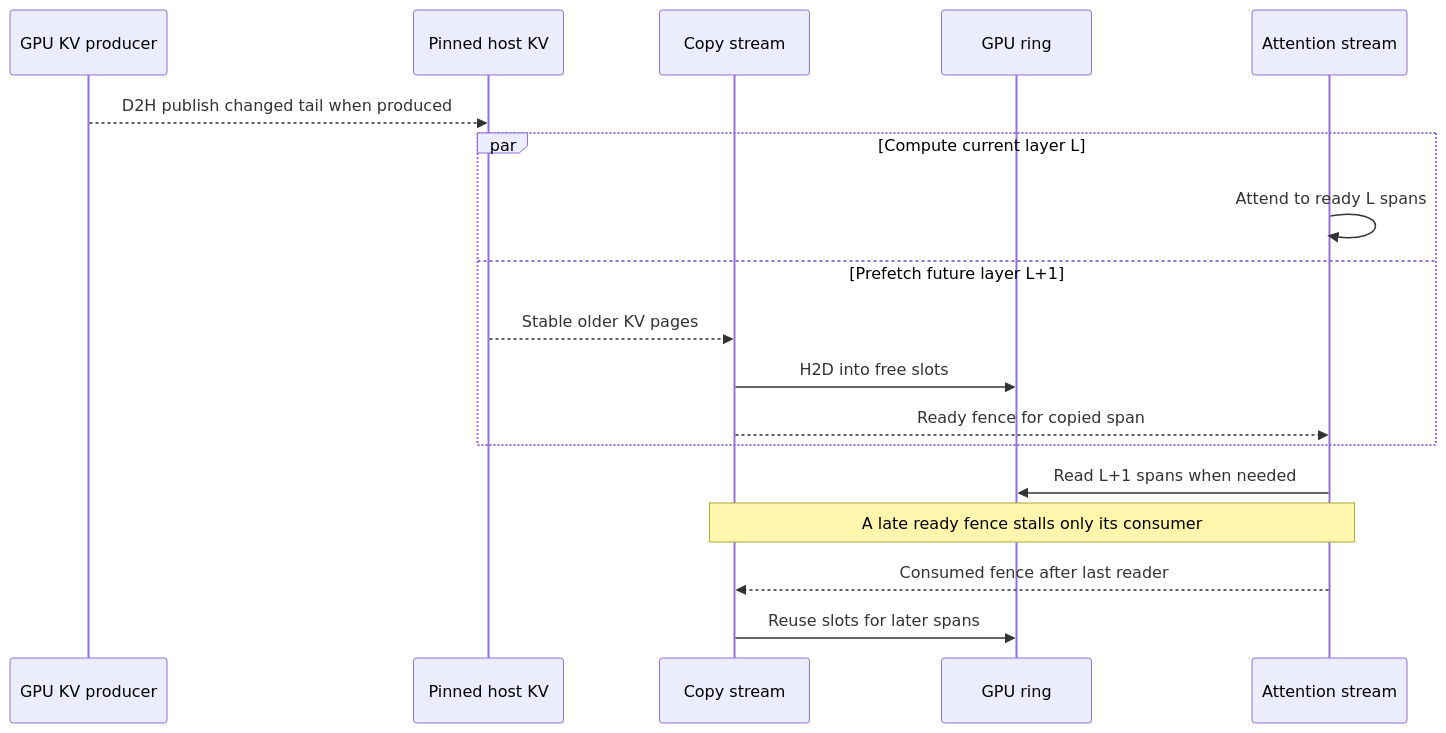
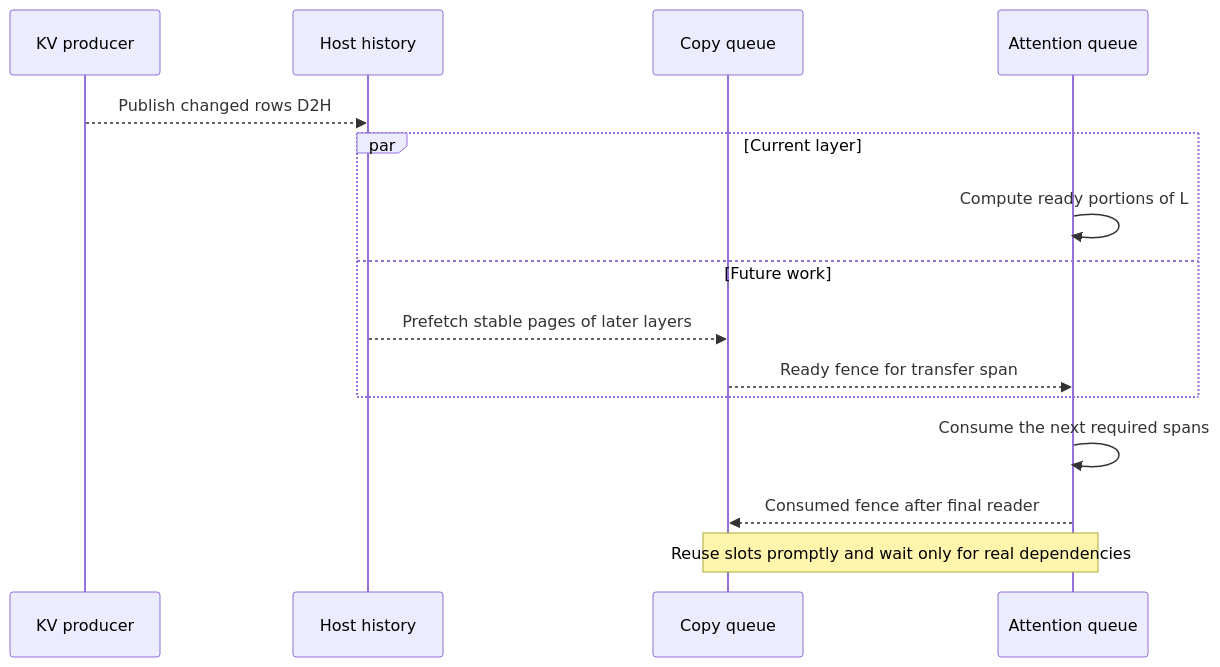
One commit to ggml-org/llama.cpp changed the second of 8 diagrams in README.md. Above: the diagram before and after it, drawn with Mermaid. The commit also changed other lines of this file and 6 other files, not shown here.

````diff
--- a/README.md
+++ b/README.md
@@ -227,20 +380,17 @@
 ```mermaid
 sequenceDiagram
-    participant P as GPU KV producer
-    participant H as Pinned host KV
-    participant C as Copy stream
-    participant R as GPU ring
-    participant A as Attention stream
-    P-->>H: D2H publish changed tail when produced
-    par Compute current layer L
-        A->>A: Attend to ready L spans
-    and Prefetch future layer L+1
-        H-->>C: Stable older KV pages
-        C->>R: H2D into free slots
-        C-->>A: Ready fence for copied span
+    participant P as KV producer
+    participant H as Host history
+    participant C as Copy queue
+    participant A as Attention queue
+    P-->>H: Publish changed rows D2H
+    par Current layer
+        A->>A: Compute ready portions of L
+    and Future work
+        H-->>C: Prefetch stable pages of later layers
+        C-->>A: Ready fence for transfer span
     end
-    A->>R: Read L+1 spans when needed
-    Note over A,C: A late ready fence stalls only its consumer
-    A-->>C: Consumed fence after last reader
-    C->>R: Reuse slots for later spans
+    A->>A: Consume the next required spans
+    A-->>C: Consumed fence after final reader
+    Note over A,C: Reuse slots promptly and wait only for real dependencies
 ```
````
